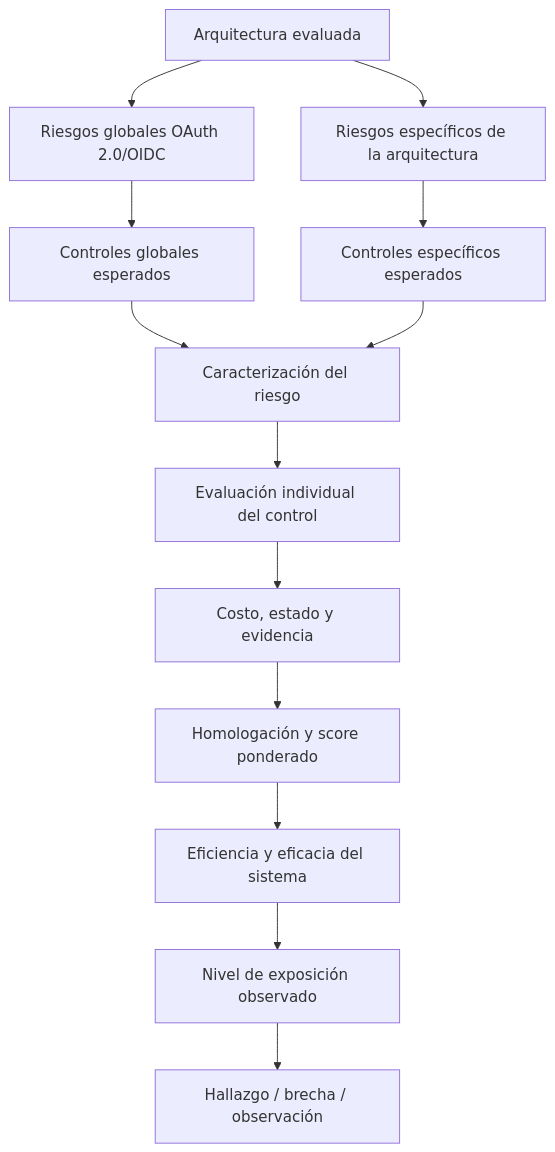
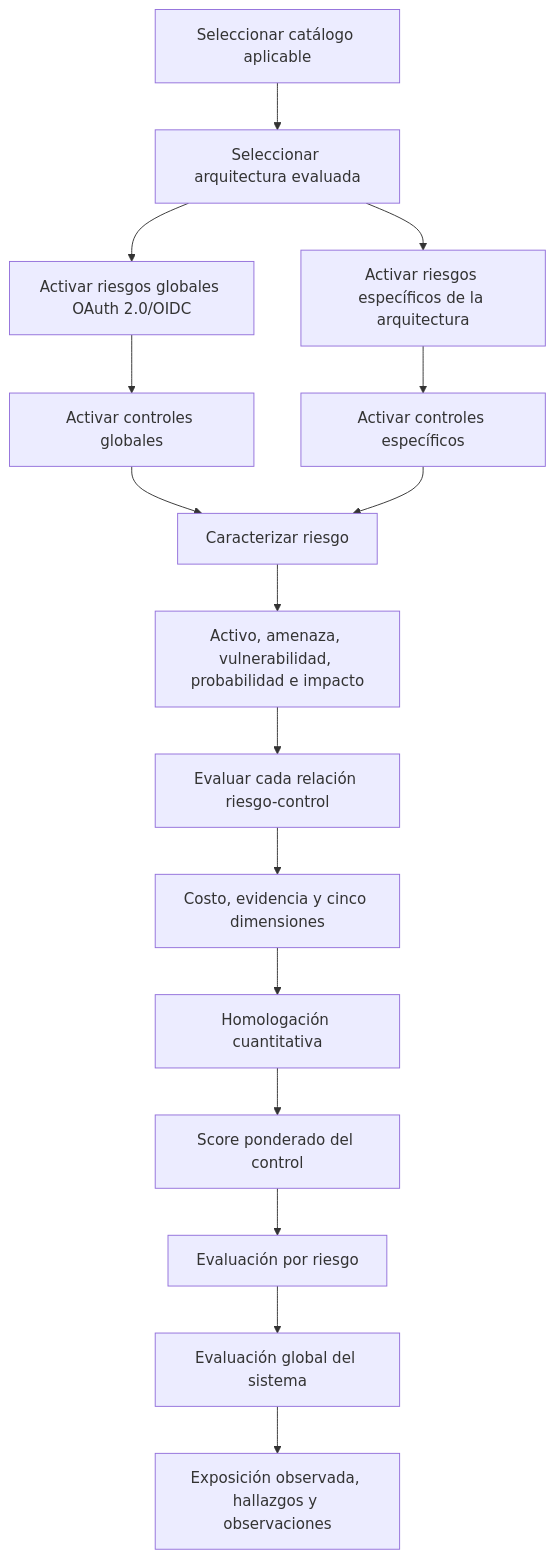
Before and after one commit to FredyRosero/evaluacion-controles-oauth2-oidc: diagram 16 of 19 in tesis/README.md, drawn with Mermaid. The commit also changed other lines of this file, not shown here.

```diff
--- a/tesis/README.md
+++ b/tesis/README.md
@@ -2756,15 +3312,18 @@
 ~~~mermaid
 graph TD
-A[Arquitectura evaluada] --> B[Riesgos globales OAuth 2.0/OIDC]
-A --> C[Riesgos específicos de la arquitectura]
-B --> D[Controles globales esperados]
-C --> E[Controles específicos esperados]
-D --> F[Caracterización del riesgo]
-E --> F
-F --> G[Evaluación individual del control]
-G --> H[Costo, estado y evidencia]
-H --> I[Homologación y score ponderado]
-I --> J[Eficiencia y eficacia del sistema]
-J --> K[Nivel de exposición observado]
-K --> L[Hallazgo / brecha / observación]
+    A[Seleccionar catálogo aplicable] --> B[Seleccionar arquitectura evaluada]
+    B --> C[Activar riesgos globales OAuth 2.0/OIDC]
+    B --> D[Activar riesgos específicos de la arquitectura]
+    C --> E[Activar controles globales]
+    D --> F[Activar controles específicos]
+    E --> G[Caracterizar riesgo]
+    F --> G
+    G --> H[Activo, amenaza, vulnerabilidad, probabilidad e impacto]
+    H --> I[Evaluar cada relación riesgo-control]
+    I --> J[Costo, evidencia y cinco dimensiones]
+    J --> K[Homologación cuantitativa]
+    K --> L[Score ponderado del control]
+    L --> M[Evaluación por riesgo]
+    M --> N[Evaluación global del sistema]
+    N --> O[Exposición observada, hallazgos y observaciones]
 ~~~
```
